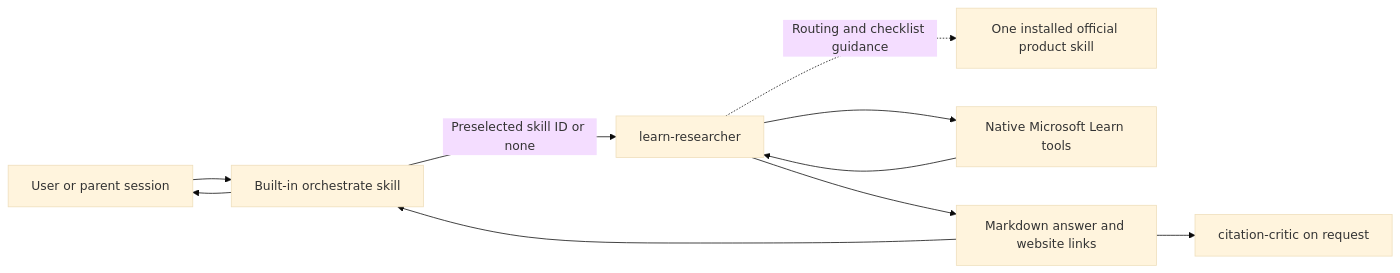
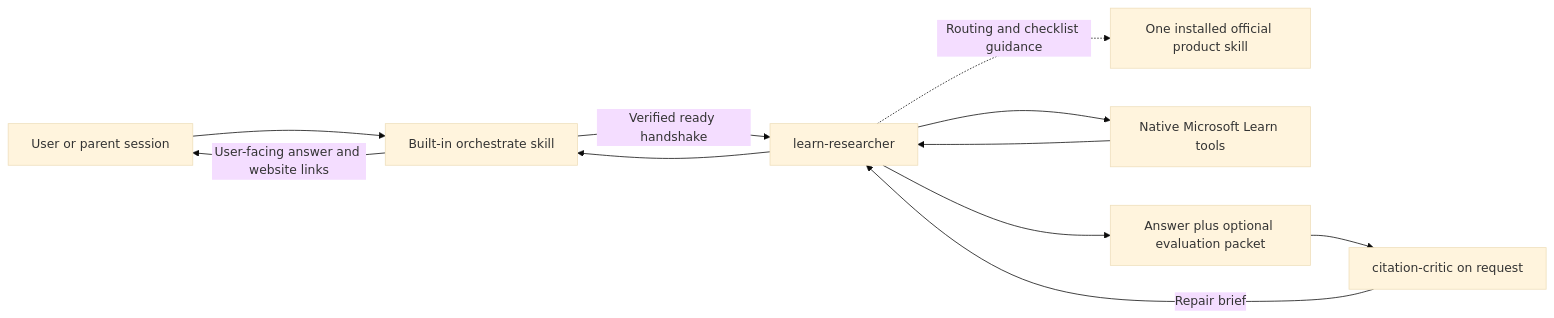
The diagram in docs/architecture.md (msucharda/azure-learn-copilot-app), drawn with Mermaid (base theme) before and after one commit. The commit also changed other lines of this file and 7 other files, not shown here.

Commit message:
Add verified Learn research repair pipeline

````diff
--- a/docs/architecture.md
+++ b/docs/architecture.md
@@ -7,12 +7,13 @@
 ```mermaid
 flowchart LR
     U[User or parent session] --> O[Built-in orchestrate skill]
-    O -->|Preselected skill ID or none| R[learn-researcher]
+    O -->|Verified ready handshake| R[learn-researcher]
     R -. Routing and checklist guidance .-> S[One installed official product skill]
     R --> L[Native Microsoft Learn tools]
     L --> R
-    R --> A[Markdown answer and website links]
-    A --> O
-    O --> U
+    R --> A[Answer plus optional evaluation packet]
     A --> C[citation-critic on request]
+    C -->|Repair brief| R
+    R --> O
+    O -->|User-facing answer and website links| U
 ```
````
